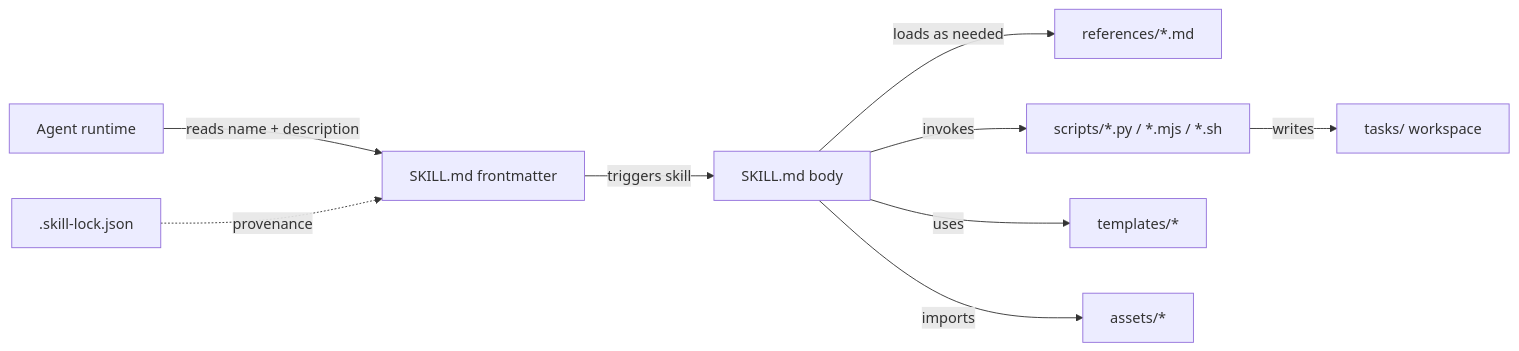
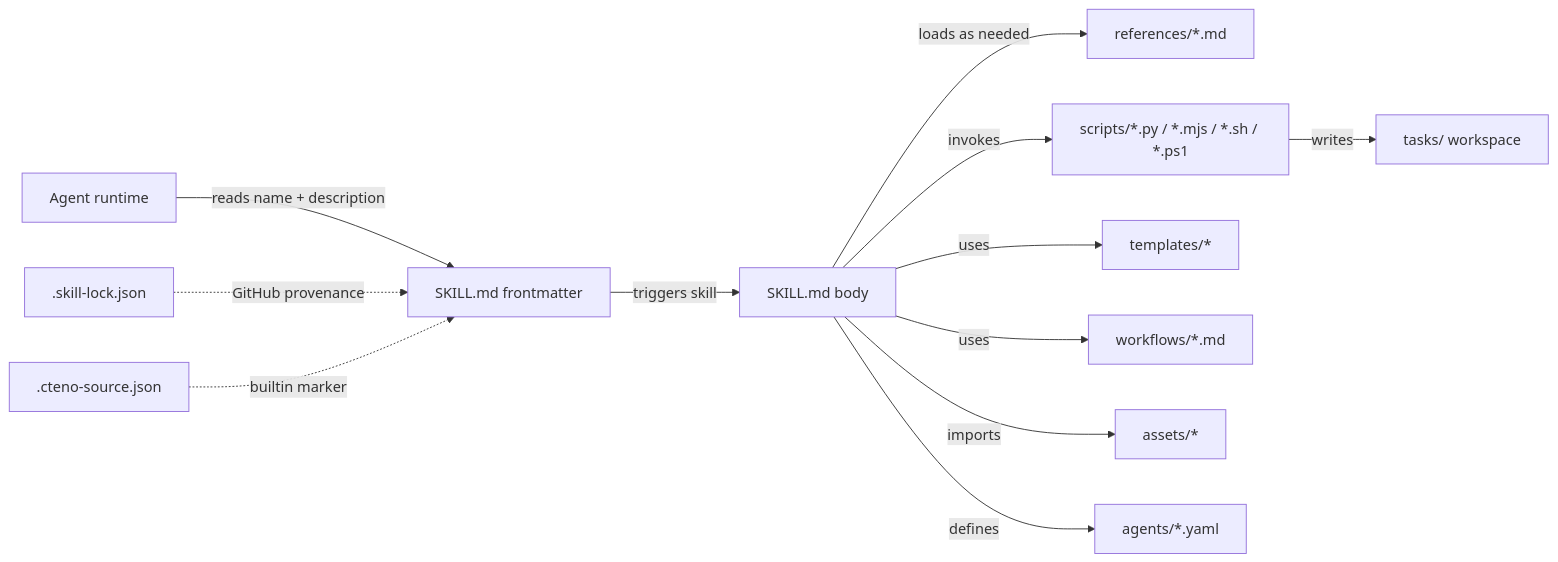
Before and after one commit to pelioo/.agents: the diagram in AGENTS.md, drawn with Mermaid. The commit also changed other lines of this file, not shown here.

First line of the commit message:
AGENTS.md: 修复审查标记的 schema 引用漂移与规则降级

````diff
--- a/AGENTS.md
+++ b/AGENTS.md
@@ -16,11 +22,14 @@
 ```mermaid
 flowchart LR
     Agent[Agent runtime] -->|reads name + description| SKILL[SKILL.md frontmatter]
     SKILL -->|triggers skill| Body[SKILL.md body]
     Body -->|loads as needed| Refs[references/*.md]
-    Body -->|invokes| Scripts[scripts/*.py / *.mjs / *.sh]
+    Body -->|invokes| Scripts[scripts/*.py / *.mjs / *.sh / *.ps1]
     Body -->|uses| Tmpl[templates/*]
+    Body -->|uses| Wf[workflows/*.md]
     Body -->|imports| Assets[assets/*]
+    Body -->|defines| Subagents[agents/*.yaml]
     Scripts -->|writes| Tasks[tasks/ workspace]
-    Lock[.skill-lock.json] -.->|provenance| SKILL
+    Lock1[.skill-lock.json] -.->|GitHub provenance| SKILL
+    Lock2[.cteno-source.json] -.->|builtin marker| SKILL
 ```
````
